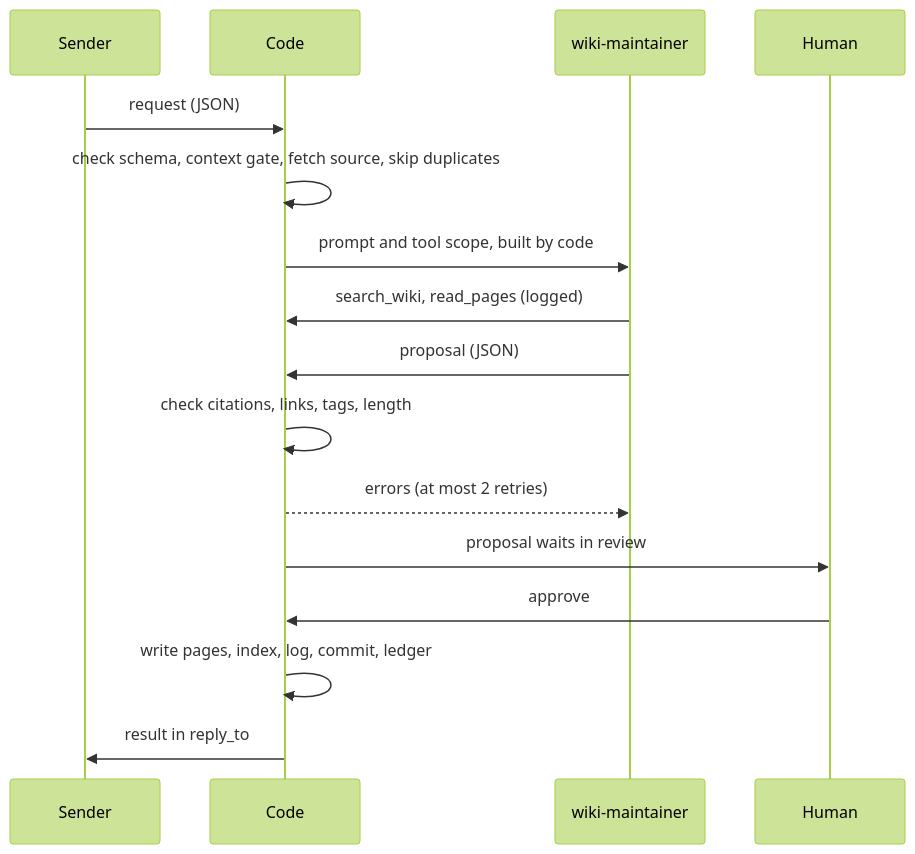
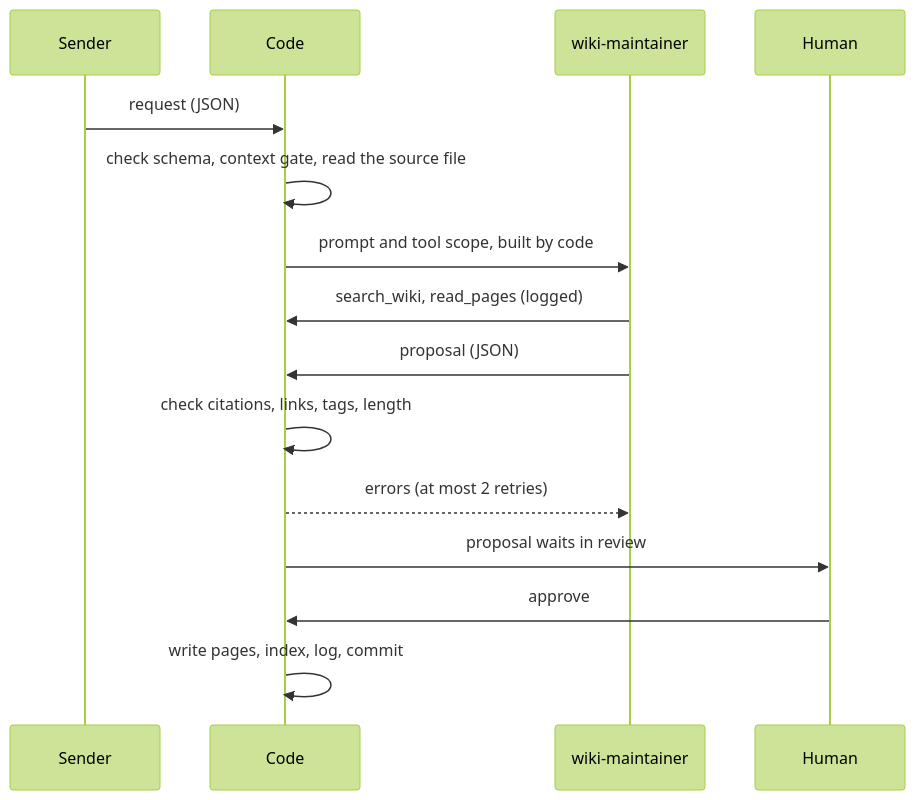
Before and after one commit to juancrfig/ergon: the second of 2 diagrams in nodes/intake/diagrams.md, drawn with Mermaid (forest theme). The commit also changed other lines of this file and 15 other files, not shown here.

Commit message:
Cut what no run needs yet: reply_to, correct type, URL fetching, ledger; shared run loop in Node (ADR 0018)

````diff
--- a/nodes/intake/diagrams.md
+++ b/nodes/intake/diagrams.md
@@ -23,18 +23,17 @@
 ```mermaid
 sequenceDiagram
     participant S as Sender
     participant C as Code
     participant A as wiki-maintainer
     participant H as Human
     S->>C: request (JSON)
-    C->>C: check schema, context gate, fetch source, skip duplicates
+    C->>C: check schema, context gate, read the source file
     C->>A: prompt and tool scope, built by code
     A->>C: search_wiki, read_pages (logged)
     A->>C: proposal (JSON)
     C->>C: check citations, links, tags, length
     C-->>A: errors (at most 2 retries)
     C->>H: proposal waits in review
     H->>C: approve
-    C->>C: write pages, index, log, commit, ledger
-    C->>S: result in reply_to
+    C->>C: write pages, index, log, commit
 ```
````
